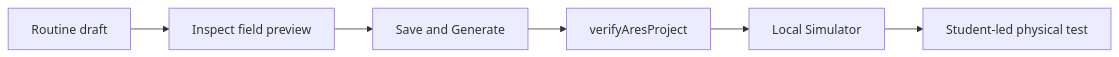
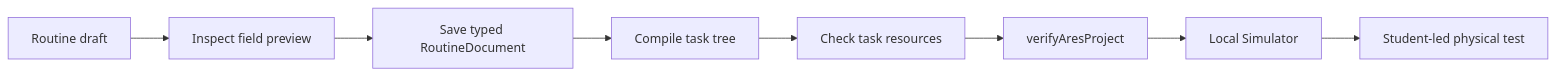
Before and after one commit to ARES-23247/ARESWEB: the diagram in content/learning/ftc-starter/03-first-autonomous.md, drawn with Mermaid. The commit also changed other lines of this file and 4 other files, not shown here.

````diff
--- a/content/learning/ftc-starter/03-first-autonomous.md
+++ b/content/learning/ftc-starter/03-first-autonomous.md
@@ -35,9 +41,11 @@
 ```mermaid
-%% aria: A routine draft passes through review, save and generation, project verification, local simulation, and later physical testing.
+%% aria: A routine draft passes through review, typed compilation, task resource checks, project verification, local simulation, and later physical testing.
 flowchart LR
   A["Routine draft"] --> B["Inspect field preview"]
-  B --> C["Save and Generate"]
-  C --> D["verifyAresProject"]
-  D --> E["Local Simulator"]
-  E --> F["Student-led physical test"]
+  B --> C["Save typed RoutineDocument"]
+  C --> D["Compile task tree"]
+  D --> E["Check task resources"]
+  E --> F["verifyAresProject"]
+  F --> G["Local Simulator"]
+  G --> H["Student-led physical test"]
 ```
````
